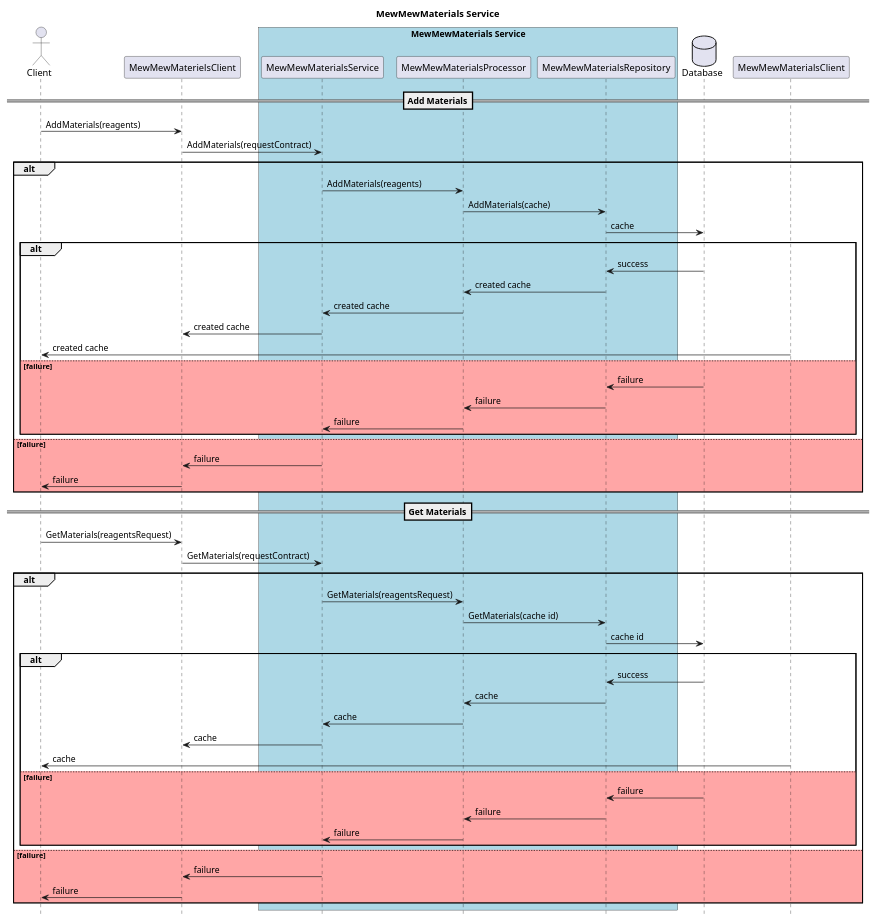
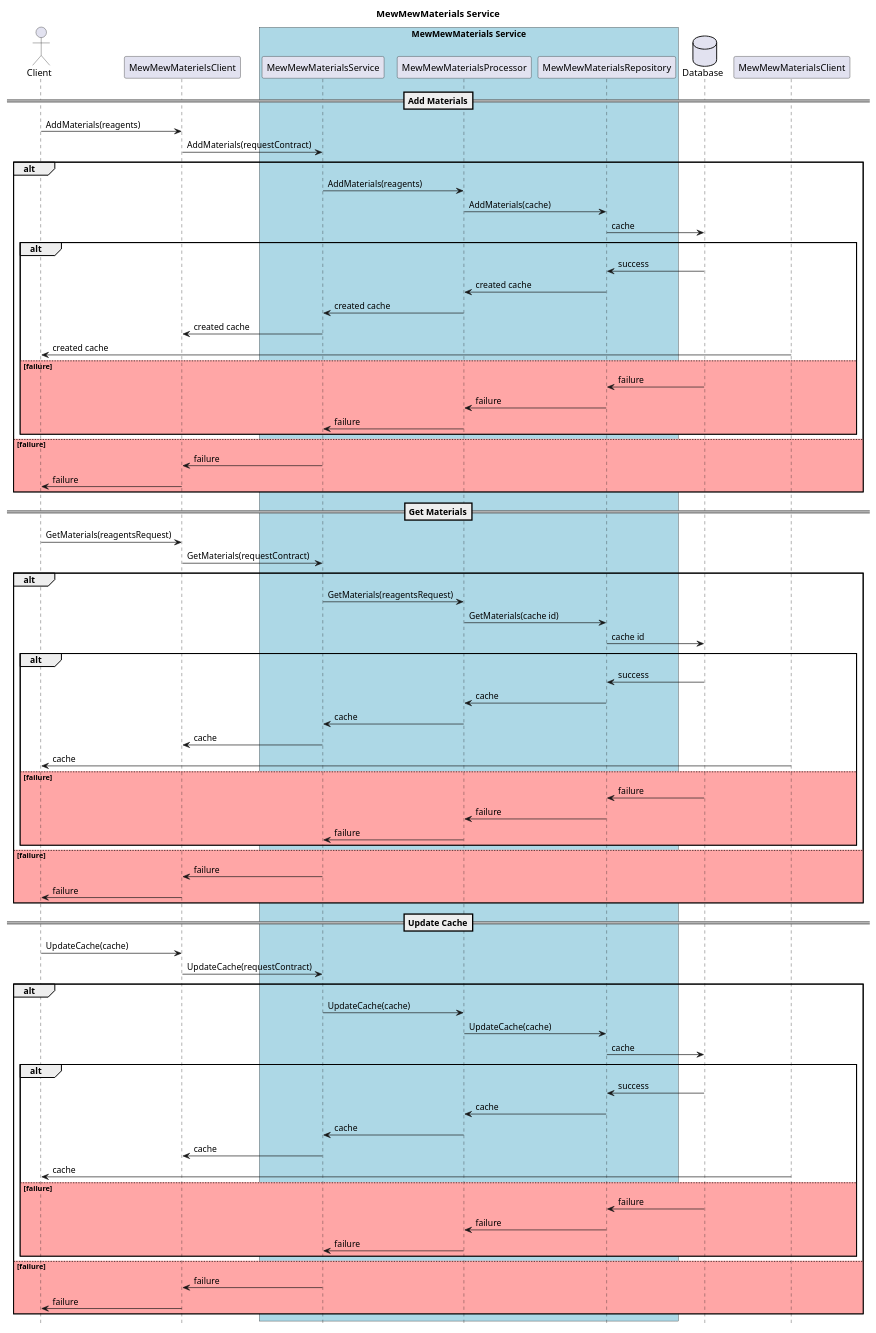
One commit to AmberFalbo/cat-coven changed the diagram in docs/design/materials/service-design.wsd. Above: the diagram before and after it, drawn with PlantUML. The commit also changed 1 other file, not shown here.

Commit message:
added update path to sequence

```diff
--- a/docs/design/materials/service-design.wsd
+++ b/docs/design/materials/service-design.wsd
@@ -1,64 +1,88 @@
 @startuml mew-mew-materials-sequence
 
 hide footbox
 Title MewMewMaterials Service
 
 actor Client
 
 participant MewMewMaterielsClient
 box "MewMewMaterials Service" #LightBlue
     participant MewMewMaterialsService
     participant MewMewMaterialsProcessor
     participant MewMewMaterialsRepository
 end box
 database Database
 
 ==Add Materials==
 
 Client -> MewMewMaterielsClient : AddMaterials(reagents)
 MewMewMaterielsClient -> MewMewMaterialsService : AddMaterials(requestContract)
 alt
     MewMewMaterialsService -> MewMewMaterialsProcessor : AddMaterials(reagents)
     MewMewMaterialsProcessor -> MewMewMaterialsRepository : AddMaterials(cache)
     MewMewMaterialsRepository -> Database : cache
     alt
         Database -> MewMewMaterialsRepository : success
         MewMewMaterialsRepository -> MewMewMaterialsProcessor : created cache
         MewMewMaterialsProcessor -> MewMewMaterialsService : created cache
         MewMewMaterialsService -> MewMewMaterielsClient : created cache
         MewMewMaterialsClient -> Client : created cache
     else #FFA6A6 failure
         Database -> MewMewMaterialsRepository : failure
         MewMewMaterialsRepository -> MewMewMaterialsProcessor : failure
         MewMewMaterialsProcessor -> MewMewMaterialsService : failure
     end 
 else #FFA6A6 failure
     MewMewMaterialsService -> MewMewMaterielsClient : failure
     MewMewMaterielsClient -> Client : failure
 end
 
 ==Get Materials==
 
 Client -> MewMewMaterielsClient : GetMaterials(reagentsRequest)
 MewMewMaterielsClient -> MewMewMaterialsService : GetMaterials(requestContract)
 alt
     MewMewMaterialsService -> MewMewMaterialsProcessor : GetMaterials(reagentsRequest)
     MewMewMaterialsProcessor -> MewMewMaterialsRepository : GetMaterials(cache id)
     MewMewMaterialsRepository -> Database : cache id
     alt
         Database -> MewMewMaterialsRepository : success
         MewMewMaterialsRepository -> MewMewMaterialsProcessor : cache
         MewMewMaterialsProcessor -> MewMewMaterialsService : cache
         MewMewMaterialsService -> MewMewMaterielsClient : cache
         MewMewMaterialsClient -> Client : cache
     else #FFA6A6 failure
         Database -> MewMewMaterialsRepository : failure
         MewMewMaterialsRepository -> MewMewMaterialsProcessor : failure
         MewMewMaterialsProcessor -> MewMewMaterialsService : failure
     end 
 else #FFA6A6 failure
     MewMewMaterialsService -> MewMewMaterielsClient : failure
     MewMewMaterielsClient -> Client : failure
 end
 
+==Update Cache==
+
+Client -> MewMewMaterielsClient : UpdateCache(cache)
+MewMewMaterielsClient -> MewMewMaterialsService : UpdateCache(requestContract)
+alt
+    MewMewMaterialsService -> MewMewMaterialsProcessor : UpdateCache(cache)
+    MewMewMaterialsProcessor -> MewMewMaterialsRepository : UpdateCache(cache)
+    MewMewMaterialsRepository -> Database : cache
+    alt
+        Database -> MewMewMaterialsRepository : success
+        MewMewMaterialsRepository -> MewMewMaterialsProcessor : cache
+        MewMewMaterialsProcessor -> MewMewMaterialsService : cache
+        MewMewMaterialsService -> MewMewMaterielsClient : cache
+        MewMewMaterialsClient -> Client : cache
+    else #FFA6A6 failure
+        Database -> MewMewMaterialsRepository : failure
+        MewMewMaterialsRepository -> MewMewMaterialsProcessor : failure
+        MewMewMaterialsProcessor -> MewMewMaterialsService : failure
+    end 
+else #FFA6A6 failure
+    MewMewMaterialsService -> MewMewMaterielsClient : failure
+    MewMewMaterielsClient -> Client : failure
+end
+
 @enduml
```
